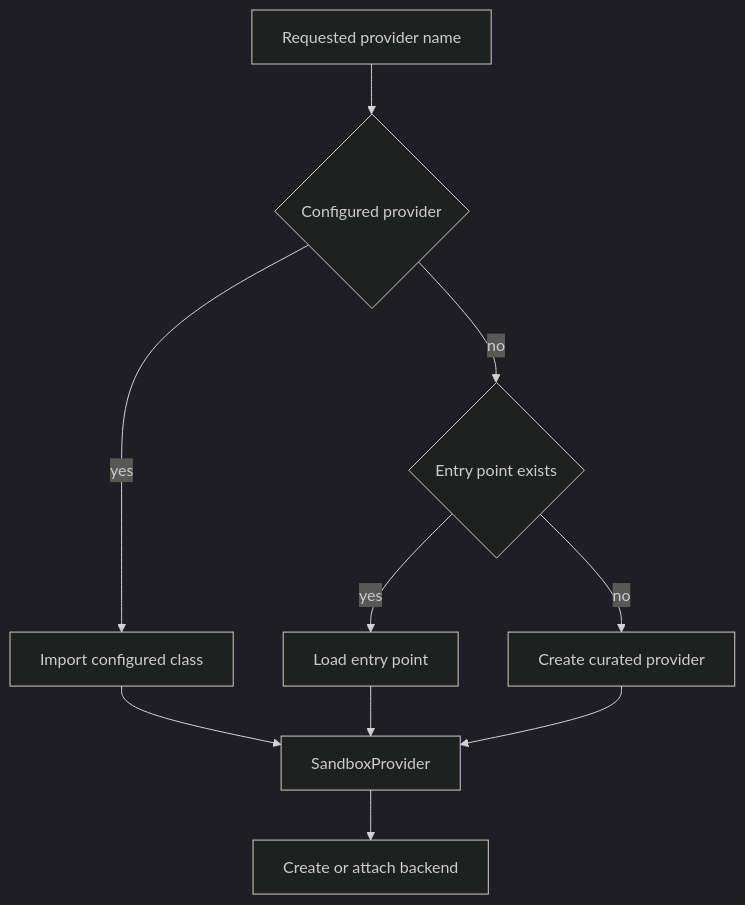
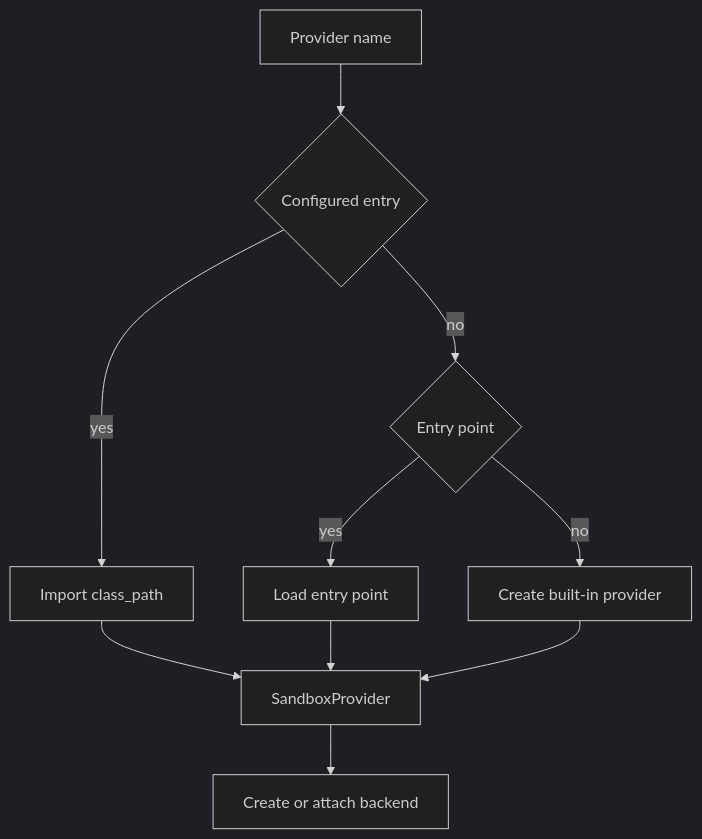
The first of 2 diagrams in openwiki/integrations/sandbox-partners.md (langchain-ai/deepagents), drawn with Mermaid (dark theme) before and after one commit. The commit also changed other lines of this file and 69 other files, not shown here.

````diff
--- a/openwiki/integrations/sandbox-partners.md
+++ b/openwiki/integrations/sandbox-partners.md
@@ -75,12 +59,12 @@
 ```mermaid
 flowchart TD
-    Request["Requested provider name"] --> Config{"Configured provider"}
-    Config -->|yes| ConfigClass["Import configured class"]
-    Config -->|no| Plugin{"Entry point exists"}
-    Plugin -->|yes| PluginClass["Load entry point"]
-    Plugin -->|no| Builtin["Create curated provider"]
-    ConfigClass --> Provider["SandboxProvider"]
-    PluginClass --> Provider
+    Request["Provider name"] --> Config{"Configured entry"}
+    Config -->|yes| Import["Import class_path"]
+    Config -->|no| Entry{"Entry point"}
+    Entry -->|yes| Load["Load entry point"]
+    Entry -->|no| Builtin["Create built-in provider"]
+    Import --> Provider["SandboxProvider"]
+    Load --> Provider
     Builtin --> Provider
     Provider --> Backend["Create or attach backend"]
 ```
````
